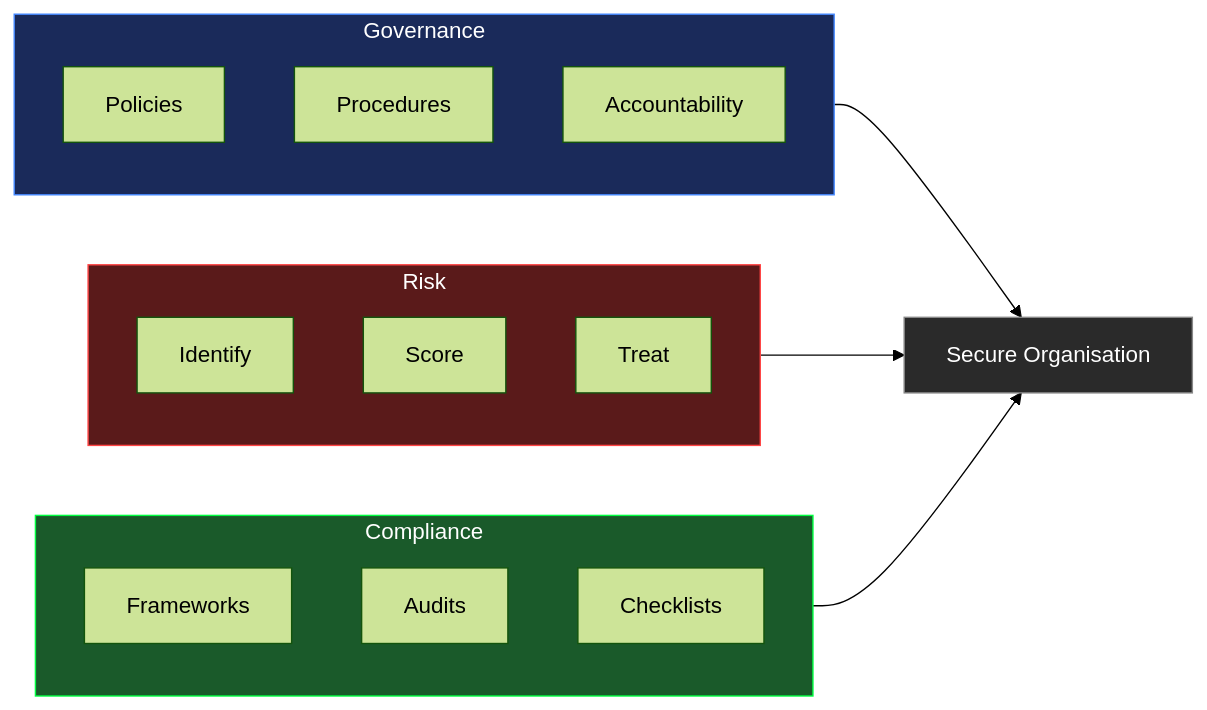
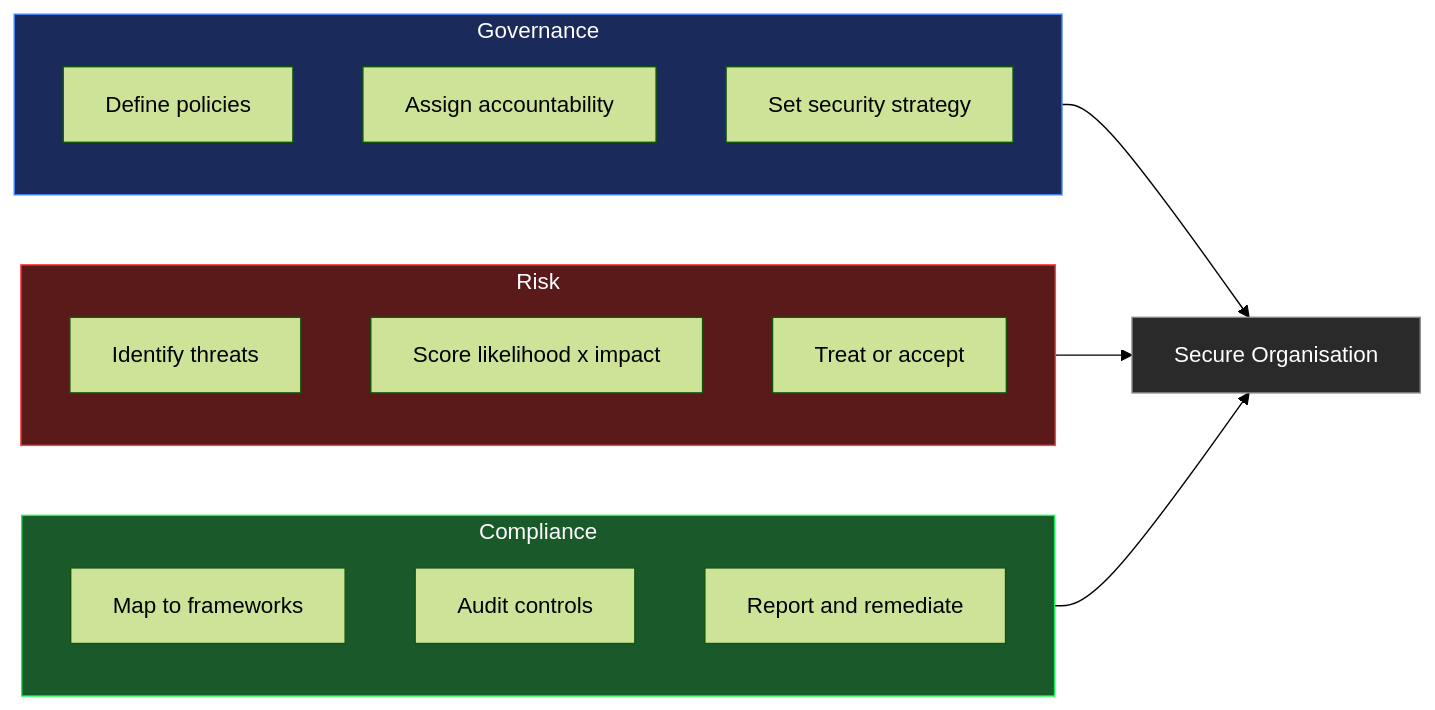
One commit to Speed-boo3/grc-project changed the first of 4 diagrams in README.md. Above: the diagram before and after it, drawn with Mermaid (forest theme). The commit also changed other lines of this file, not shown here.

````diff
--- a/README.md
+++ b/README.md
@@ -31,26 +41,27 @@
 ```mermaid
 flowchart LR
-    subgraph GOV[Governance]
-        P[Policies]
-        PR[Procedures]
-        AC[Accountability]
+    subgraph G[Governance]
+        G1[Define policies]
+        G2[Assign accountability]
+        G3[Set security strategy]
     end
-    subgraph RISK[Risk]
-        ID[Identify]
-        SC[Score]
-        TR[Treat]
+    subgraph R[Risk]
+        R1[Identify threats]
+        R2[Score likelihood x impact]
+        R3[Treat or accept]
     end
-    subgraph COMP[Compliance]
-        FR[Frameworks]
-        AU[Audits]
-        CH[Checklists]
+    subgraph C[Compliance]
+        C1[Map to frameworks]
+        C2[Audit controls]
+        C3[Report and remediate]
     end
-    GOV --> ORG[Secure Organisation]
-    RISK --> ORG
-    COMP --> ORG
 
-    style GOV fill:#1a2a5a,stroke:#4488ff,color:#ffffff
-    style RISK fill:#5a1a1a,stroke:#ff4444,color:#ffffff
-    style COMP fill:#1a5a2a,stroke:#00ff41,color:#ffffff
-    style ORG fill:#2a2a2a,stroke:#888888,color:#ffffff
+    G --> SEC[Secure Organisation]
+    R --> SEC
+    C --> SEC
+
+    style G fill:#1a2a5a,stroke:#4488ff,color:#ffffff
+    style R fill:#5a1a1a,stroke:#ff4444,color:#ffffff
+    style C fill:#1a5a2a,stroke:#00ff41,color:#ffffff
+    style SEC fill:#2a2a2a,stroke:#888888,color:#ffffff
 ```
````
